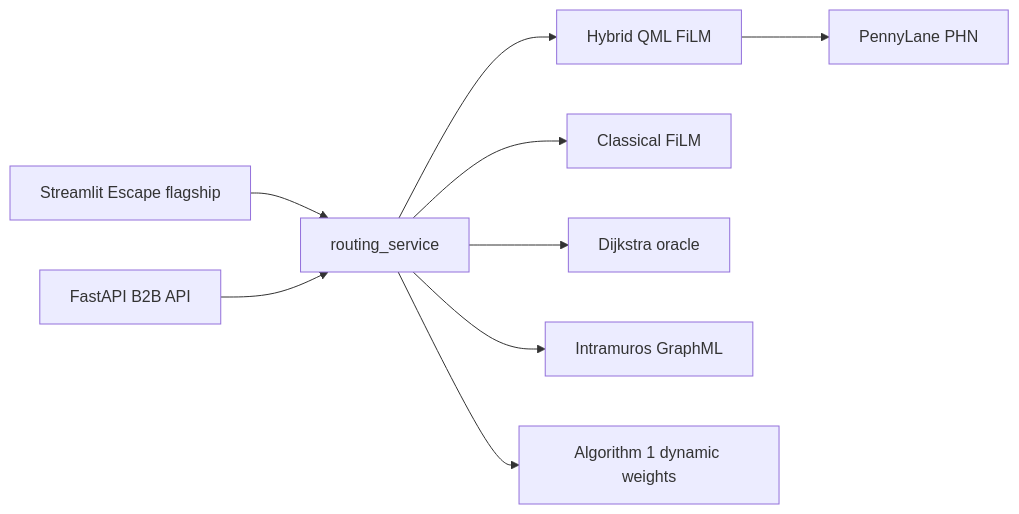
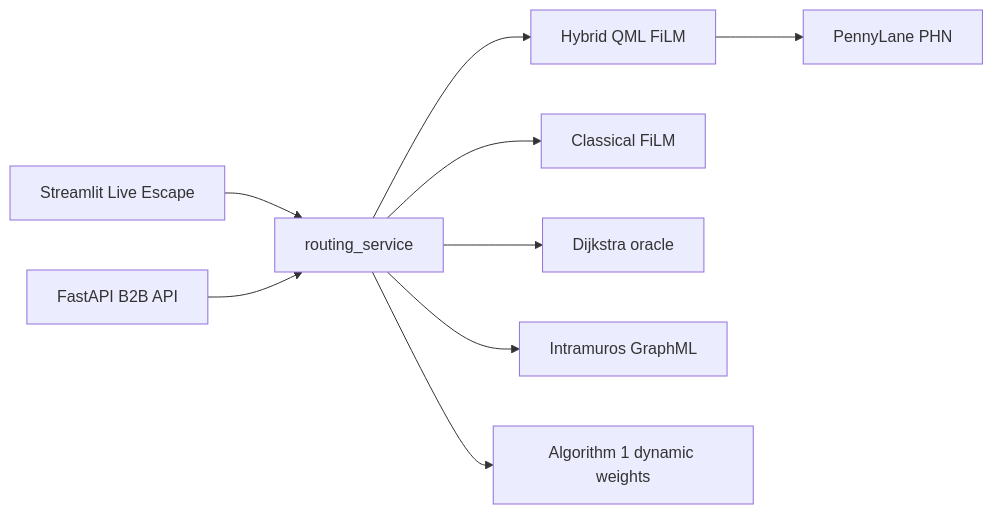
One commit to meolen07/QuantumRelief changed the diagram in README.md. Above: the diagram before and after it, drawn with Mermaid. The commit also changed other lines of this file and 2 other files, not shown here.

````diff
--- a/README.md
+++ b/README.md
@@ -128,11 +134,11 @@
 ```mermaid
 flowchart LR
-  UX[Streamlit Escape flagship] --> RS[routing_service]
+  UX[Streamlit Live Escape] --> RS[routing_service]
   API[FastAPI B2B API] --> RS
   RS --> H[Hybrid QML FiLM]
   RS --> C[Classical FiLM]
   RS --> D[Dijkstra oracle]
   H --> PL[PennyLane PHN]
   RS --> G[Intramuros GraphML]
   RS --> Dyn[Algorithm 1 dynamic weights]
 ```
````
